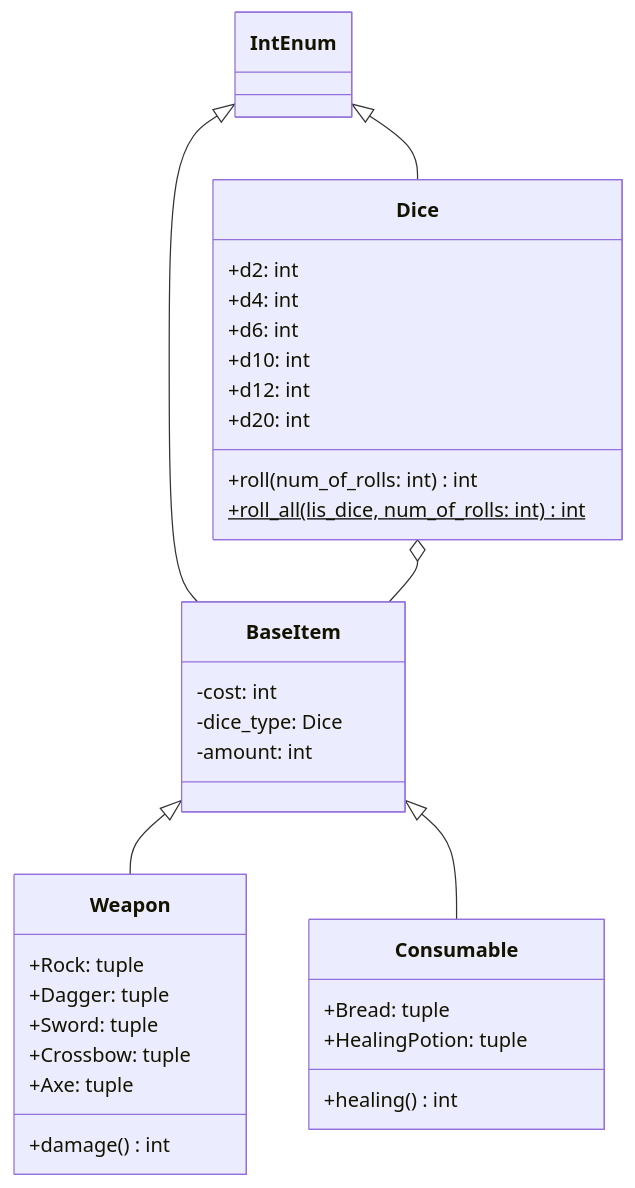
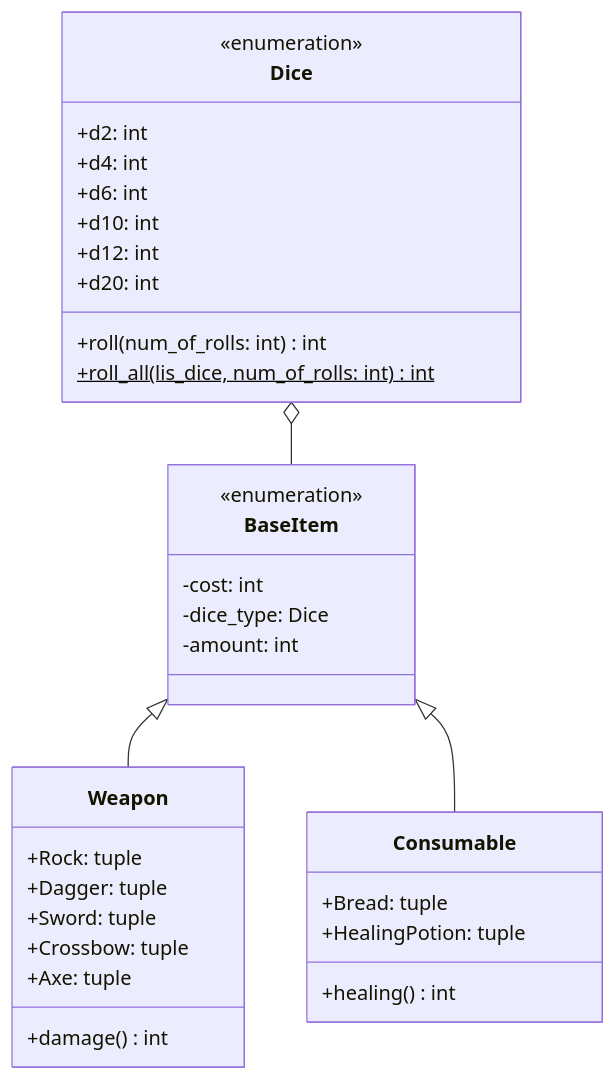
One commit to Flame753/ARPG changed the diagram in Diagrams/items.md. Above: the diagram before and after it, drawn with Mermaid.

Commit message:
added annotations

````diff
--- a/Diagrams/items.md
+++ b/Diagrams/items.md
@@ -1,42 +1,40 @@
 ```mermaid
     classDiagram
-        class IntEnum
-        
         class Dice{
-        +d2: int
-        +d4: int
-        +d6: int
-        +d10: int
-        +d12: int
-        +d20: int
-        +roll(num_of_rolls: int) int
-        +roll_all(lis_dice, num_of_rolls: int)$ int
+            <<enumeration>>
+            +d2: int
+            +d4: int
+            +d6: int
+            +d10: int
+            +d12: int
+            +d20: int
+            +roll(num_of_rolls: int) int
+            +roll_all(lis_dice, num_of_rolls: int)$ int
         }
 
         class BaseItem{
-        -cost: int
-        -dice_type: Dice
-        -amount: int
+            <<enumeration>>
+            -cost: int
+            -dice_type: Dice
+            -amount: int
         }
 
         class Weapon{
             +Rock: tuple
             +Dagger: tuple
             +Sword: tuple
             +Crossbow: tuple
             +Axe: tuple
             +damage() int
         }
 
         class Consumable{
             +Bread: tuple
             +HealingPotion: tuple
             +healing() int
         }
 
-        IntEnum <|-- Dice
-        IntEnum <|-- BaseItem
         Dice o-- BaseItem
         BaseItem <|-- Weapon
         BaseItem <|-- Consumable
 ```
````
